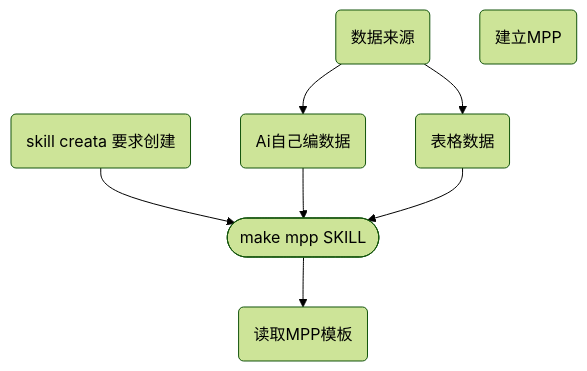
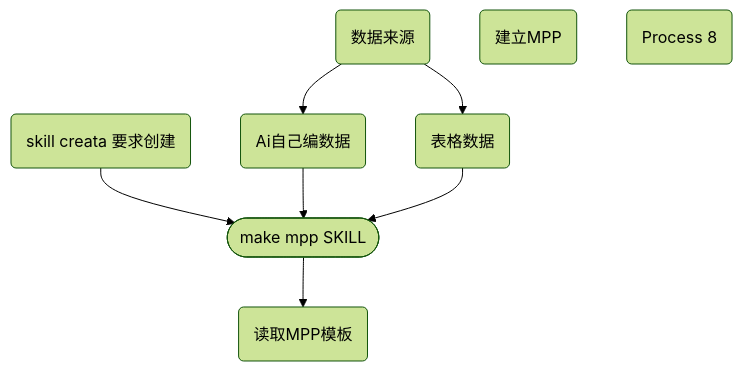
One commit to fireflysss/mermaid-notes changed the diagram in notes/进度MMP skill (local)_289c8ca6-dc65-4f5d-8e6f-773a3c6cc0dc.md. Above: the diagram before and after it, drawn with Mermaid (forest theme). The commit also changed 3 other files, not shown here.

Commit message:
Sync Mermaid Studio data (11 diagrams)

````diff
--- a/notes/进度MMP skill (local)_289c8ca6-dc65-4f5d-8e6f-773a3c6cc0dc.md
+++ b/notes/进度MMP skill (local)_289c8ca6-dc65-4f5d-8e6f-773a3c6cc0dc.md
@@ -3,17 +3,18 @@
 ```mermaid
 flowchart TD
   n_0(["make mpp SKILL"])
   n_1("数据来源")
   n_2("skill  creata 要求创建")
   n_3("Ai自己编数据")
   n_4("表格数据")
   n_5("建立MPP")
   n_6("读取MPP模板")
+  n_7("Process 8")
   n_1 --> n_3
   n_1 --> n_4
   n_2 --> n_0
   n_3 --> n_0
   n_4 --> n_0
   n_0 --> n_6
 
 ```
````
